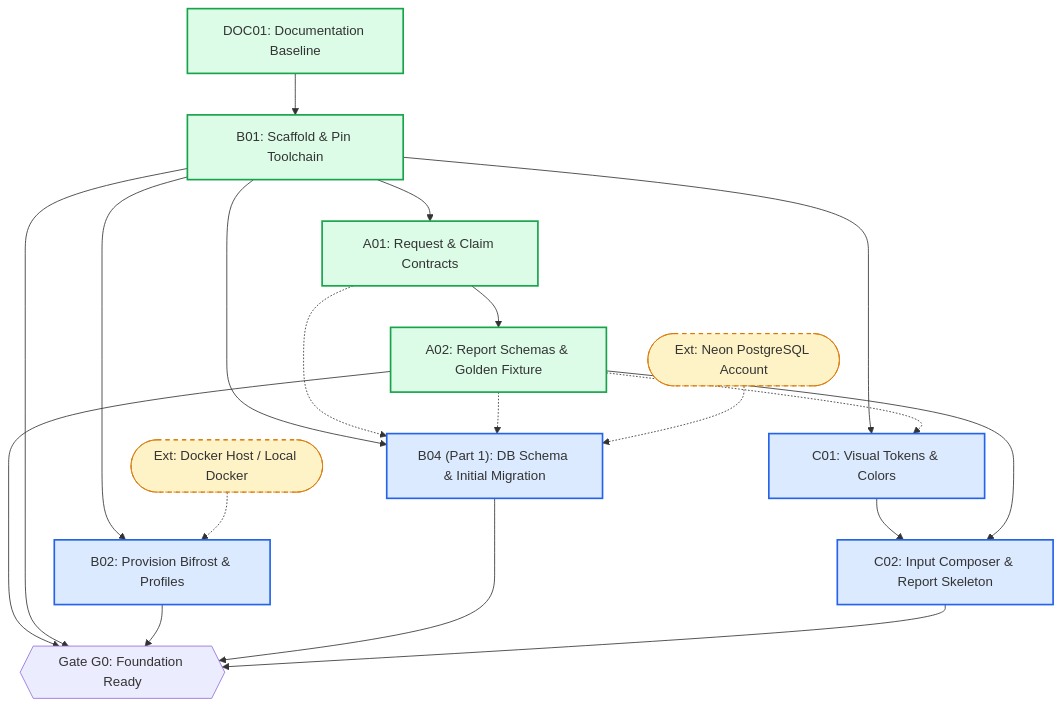
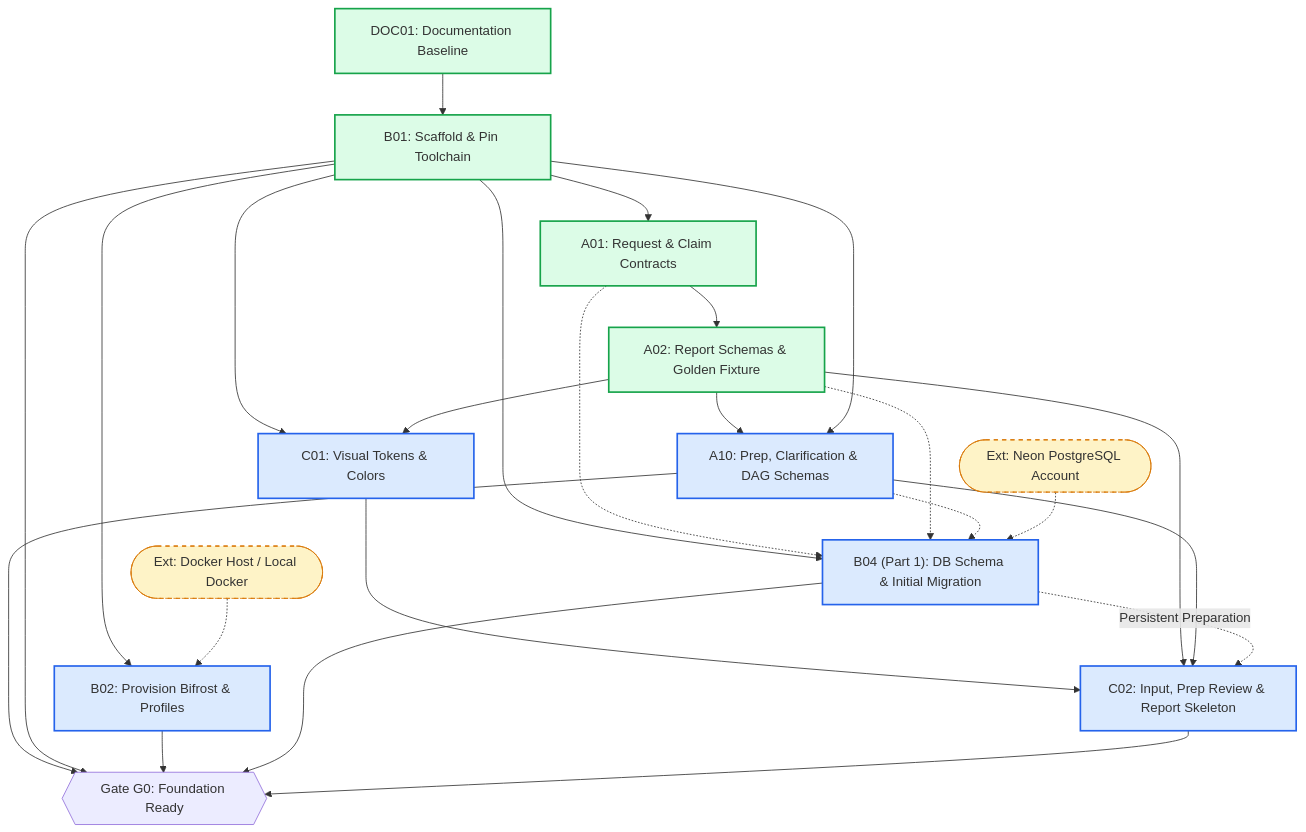
Before and after one commit to Driftaxe/Afterfact: the second of 6 diagrams in docs/PARALLEL-WORK-PLAN.md, drawn with Mermaid. The commit also changed other lines of this file and 1 other file, not shown here.

````diff
--- a/docs/PARALLEL-WORK-PLAN.md
+++ b/docs/PARALLEL-WORK-PLAN.md
@@ -129,44 +129,50 @@
 ```mermaid
 flowchart TD
     classDef verified fill:#dcfce7,stroke:#16a34a,stroke-width:2px;
     classDef unblocked fill:#dbeafe,stroke:#2563eb,stroke-width:2px;
     classDef external fill:#fef3c7,stroke:#d97706,stroke-width:1px,stroke-dasharray: 5 5;
 
     DOC01["DOC01: Documentation Baseline"]:::verified
     B01["B01: Scaffold & Pin Toolchain"]:::verified
     A01["A01: Request & Claim Contracts"]:::verified
     A02["A02: Report Schemas & Golden Fixture"]:::verified
+    A10["A10: Prep, Clarification & DAG Schemas"]:::unblocked
 
     DockerHost(["Ext: Docker Host / Local Docker"]):::external
     B02["B02: Provision Bifrost & Profiles"]:::unblocked
 
     NeonAcct(["Ext: Neon PostgreSQL Account"]):::external
     B04a["B04 (Part 1): DB Schema & Initial Migration"]:::unblocked
 
     C01["C01: Visual Tokens & Colors"]:::unblocked
-    C02["C02: Input Composer & Report Skeleton"]:::unblocked
+    C02["C02: Input, Prep Review & Report Skeleton"]:::unblocked
 
     GateG0{{"Gate G0: Foundation Ready"}}
 
     DOC01 --> B01
     B01 --> A01
     A01 --> A02
+    A02 --> A10
+    B01 --> A10
     B01 --> B02
     DockerHost -.-> B02
 
     B01 --> B04a
     A01 -.-> B04a
     A02 -.-> B04a
+    A10 -.-> B04a
     NeonAcct -.-> B04a
 
     B01 --> C01
-    A02 -.-> C01
+    A02 --> C01
     C01 --> C02
     A02 --> C02
+    A10 --> C02
+    B04a -.->|Persistent Preparation| C02
 
-    A02 --> GateG0
+    A10 --> GateG0
     B01 --> GateG0
     B02 --> GateG0
     B04a --> GateG0
     C02 --> GateG0
 ```
````
